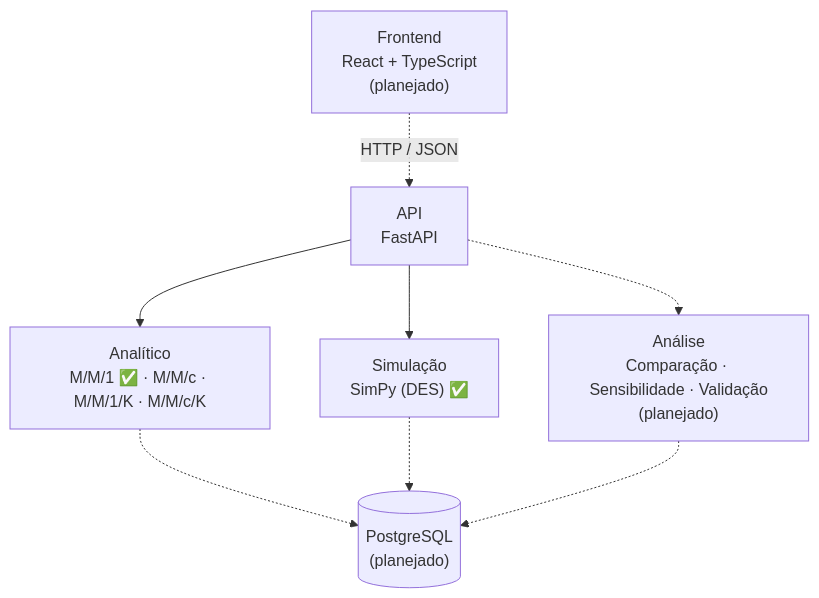
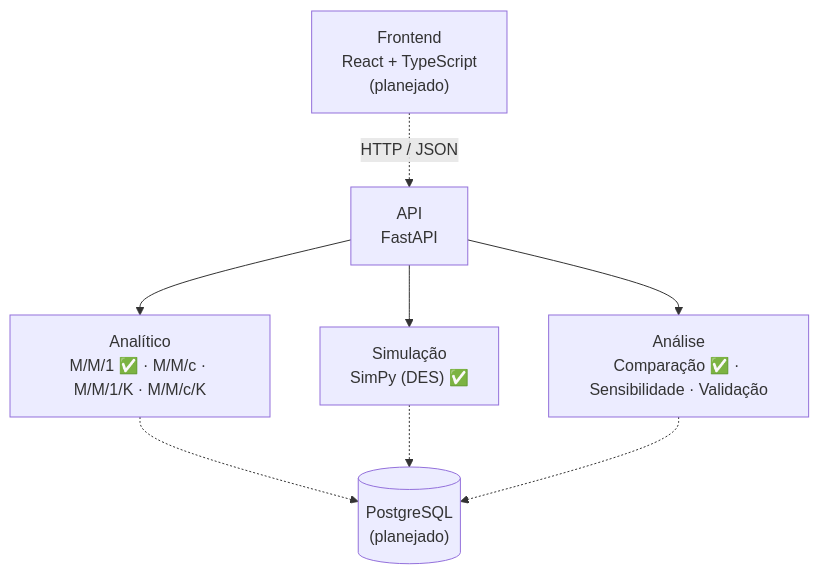
The diagram in README.md (lucifer-son/QSimulador), drawn with Mermaid before and after one commit. The commit also changed other lines of this file and 7 other files, not shown here.

````diff
--- a/README.md
+++ b/README.md
@@ -154,17 +156,17 @@
 ```mermaid
 flowchart TD
     FE["Frontend<br/>React + TypeScript<br/>(planejado)"]
     API["API<br/>FastAPI"]
     AN["Analítico<br/>M/M/1 ✅ · M/M/c · M/M/1/K · M/M/c/K"]
     SIM["Simulação<br/>SimPy (DES) ✅"]
-    ANL["Análise<br/>Comparação · Sensibilidade · Validação<br/>(planejado)"]
+    ANL["Análise<br/>Comparação ✅ · Sensibilidade · Validação"]
     DB[("PostgreSQL<br/>(planejado)")]
 
     FE -.->|HTTP / JSON| API
     API --> AN
     API --> SIM
-    API -.-> ANL
+    API --> ANL
     AN -.-> DB
     SIM -.-> DB
     ANL -.-> DB
 ```
````
